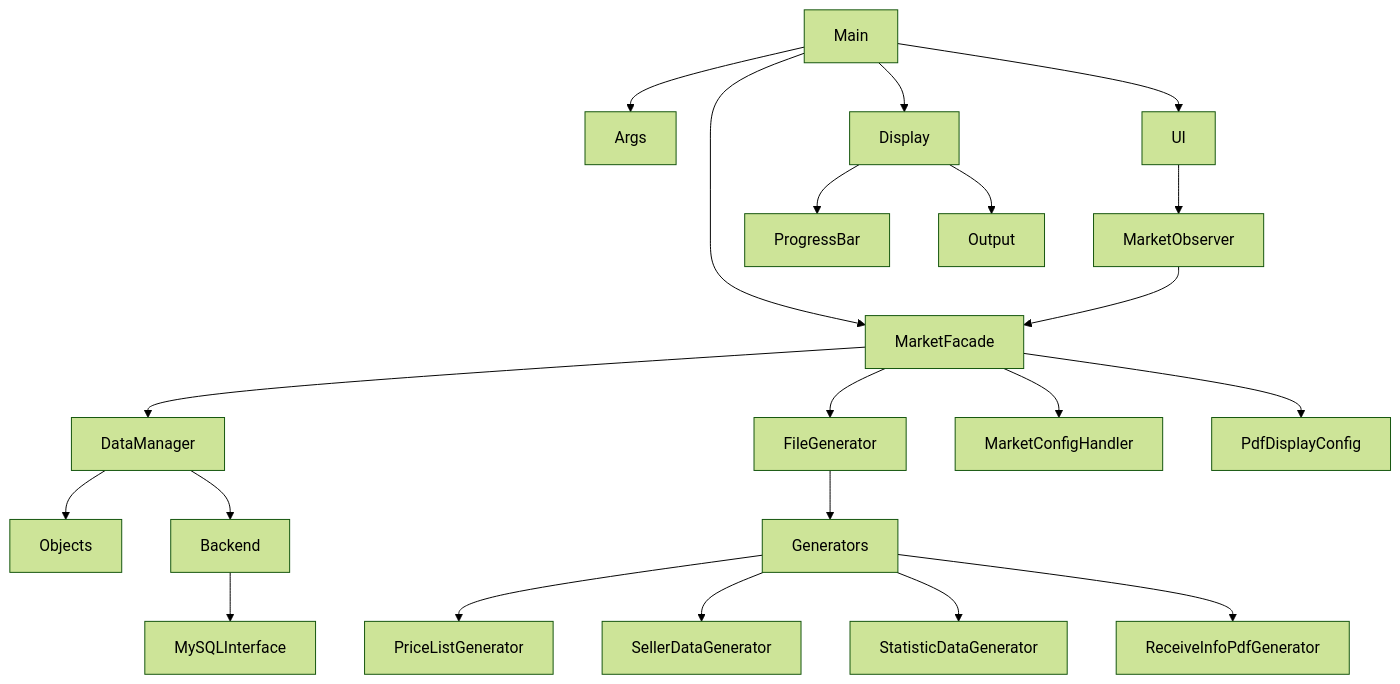
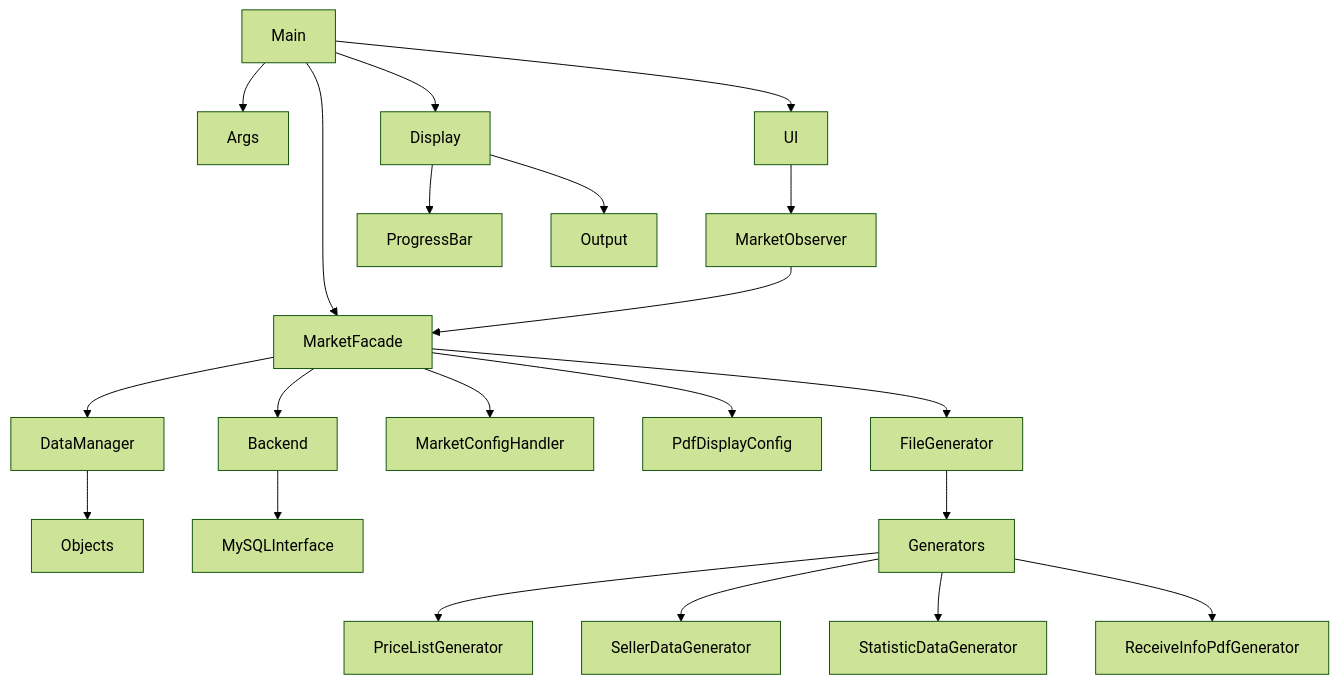
The diagram in architecture/dependency_diagram.md (CodeName-666/VDataParser), drawn with Mermaid (forest theme) before and after one commit. The commit also changed 3 other files, not shown here.

Commit message:
update mermaid diagrams

````diff
--- a/architecture/dependency_diagram.md
+++ b/architecture/dependency_diagram.md
@@ -8,23 +8,23 @@
 ```mermaid
 graph TD
     Main --> Args
     Main --> MarketFacade
     Main --> UI
     UI --> MarketObserver
     MarketObserver --> MarketFacade
     MarketFacade --> DataManager
     MarketFacade --> FileGenerator
     MarketFacade --> MarketConfigHandler
     MarketFacade --> PdfDisplayConfig
     DataManager --> Objects
-    DataManager --> Backend
+    MarketFacade --> Backend
     Backend --> MySQLInterface
     FileGenerator --> Generators
     Generators --> PriceListGenerator
     Generators --> SellerDataGenerator
     Generators --> StatisticDataGenerator
     Generators --> ReceiveInfoPdfGenerator
     Main --> Display
     Display --> ProgressBar
     Display --> Output
 ```
````
